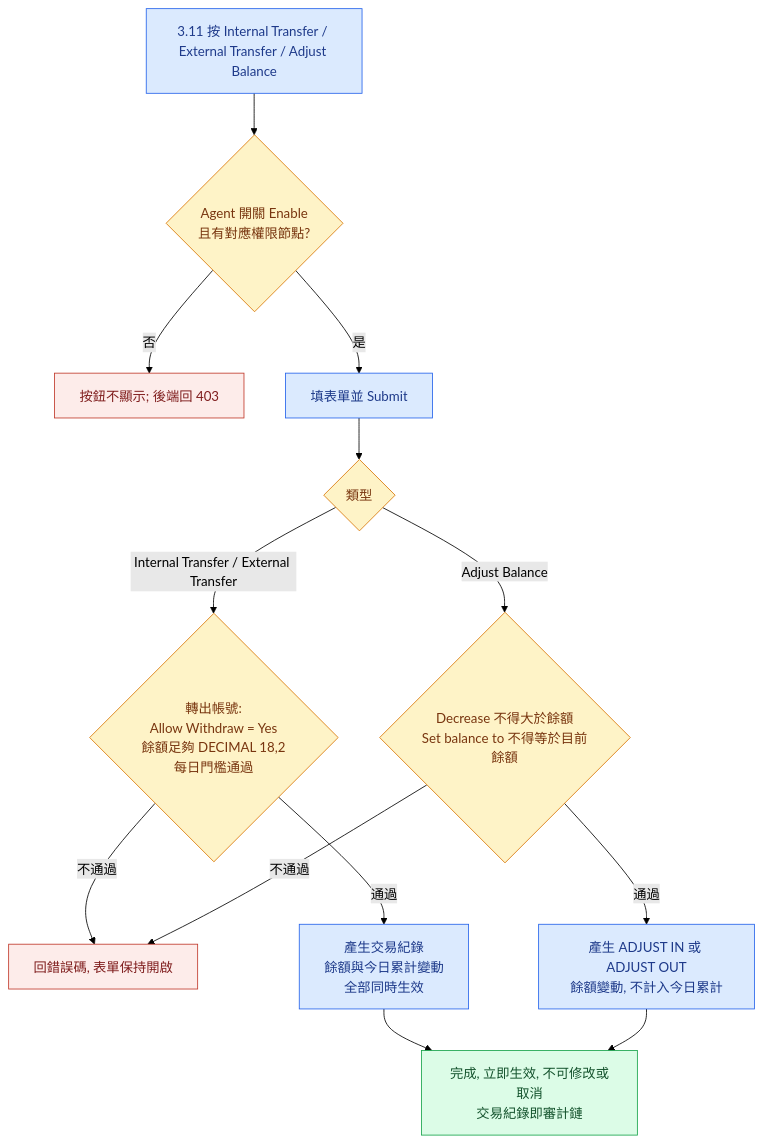
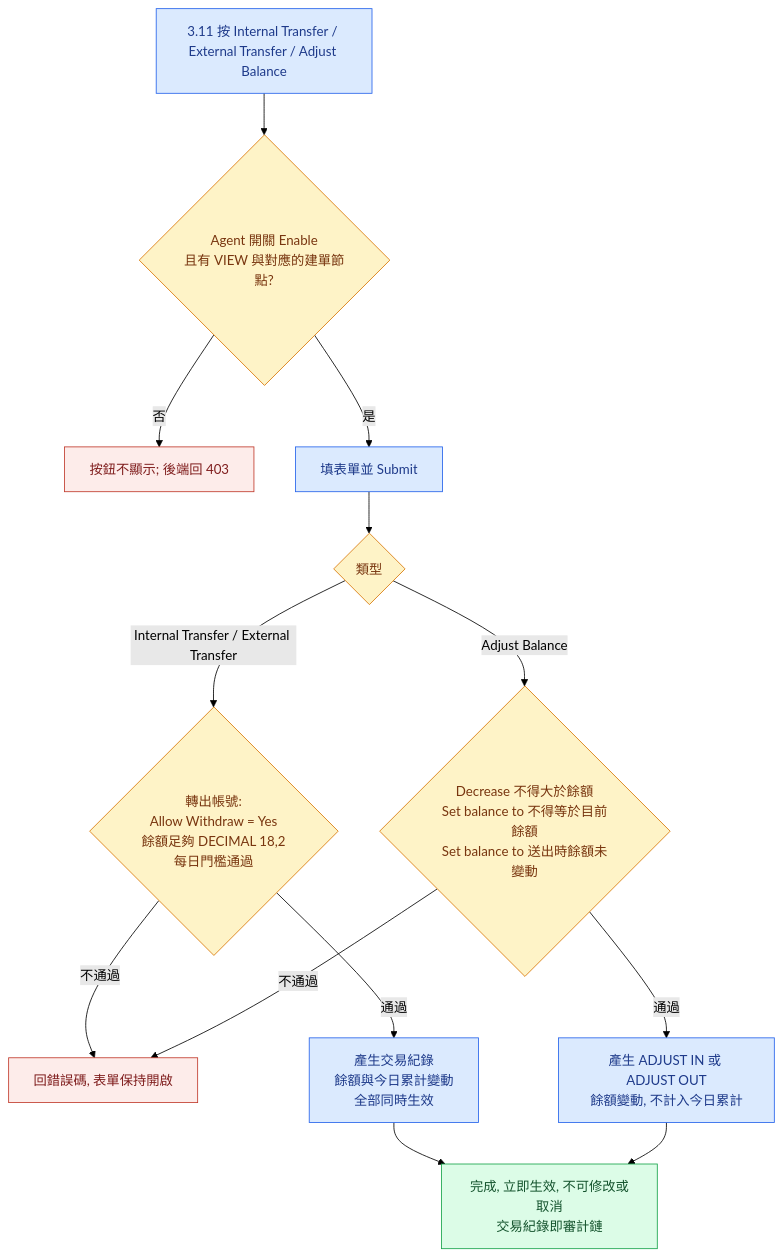
Before and after one commit to guswei/betally-bo-mockup: the diagram in withdraw-payment-account/withdraw_payment_account_flow_manual.mmd, drawn with Mermaid (forest theme). The commit also changed 5 other files, not shown here.

First line of the commit message:
Payment account: split dialog search into three fields, remove Adjust Balance category, add balance-changed check; spec v0.24, PRD v1.2

```diff
--- a/withdraw-payment-account/withdraw_payment_account_flow_manual.mmd
+++ b/withdraw-payment-account/withdraw_payment_account_flow_manual.mmd
@@ -1,21 +1,21 @@
 flowchart TD
-    A[3.11 按 Internal Transfer / External Transfer / Adjust Balance] --> G{Agent 開關 Enable<br/>且有對應權限節點?}
+    A[3.11 按 Internal Transfer / External Transfer / Adjust Balance] --> G{Agent 開關 Enable<br/>且有 VIEW 與對應的建單節點?}
     G -- 否 --> N[按鈕不顯示; 後端回 403]
     G -- 是 --> F[填表單並 Submit]
     F --> K{類型}
     K -- Internal Transfer / External Transfer --> C1{轉出帳號:<br/>Allow Withdraw = Yes<br/>餘額足夠 DECIMAL 18,2<br/>每日門檻通過}
-    K -- Adjust Balance --> C2{Decrease 不得大於餘額<br/>Set balance to 不得等於目前餘額}
+    K -- Adjust Balance --> C2{Decrease 不得大於餘額<br/>Set balance to 不得等於目前餘額<br/>Set balance to 送出時餘額未變動}
     C1 -- 不通過 --> X[回錯誤碼, 表單保持開啟]
     C2 -- 不通過 --> X
     C1 -- 通過 --> R1[產生交易紀錄<br/>餘額與今日累計變動<br/>全部同時生效]
     C2 -- 通過 --> R2[產生 ADJUST IN 或 ADJUST OUT<br/>餘額變動, 不計入今日累計]
     R1 --> Z[完成, 立即生效, 不可修改或取消<br/>交易紀錄即審計鏈]
     R2 --> Z
     classDef step fill:#dbeafe,stroke:#2563eb,color:#1e3a8a
     classDef dec  fill:#fef3c7,stroke:#d97706,color:#78350f
     classDef stop fill:#fdecea,stroke:#c0392b,color:#7f1d1d
     classDef done fill:#dcfce7,stroke:#16a34a,color:#14532d
     class A,F,R1,R2 step
     class G,K,C1,C2 dec
     class N,X stop
     class Z done
```
